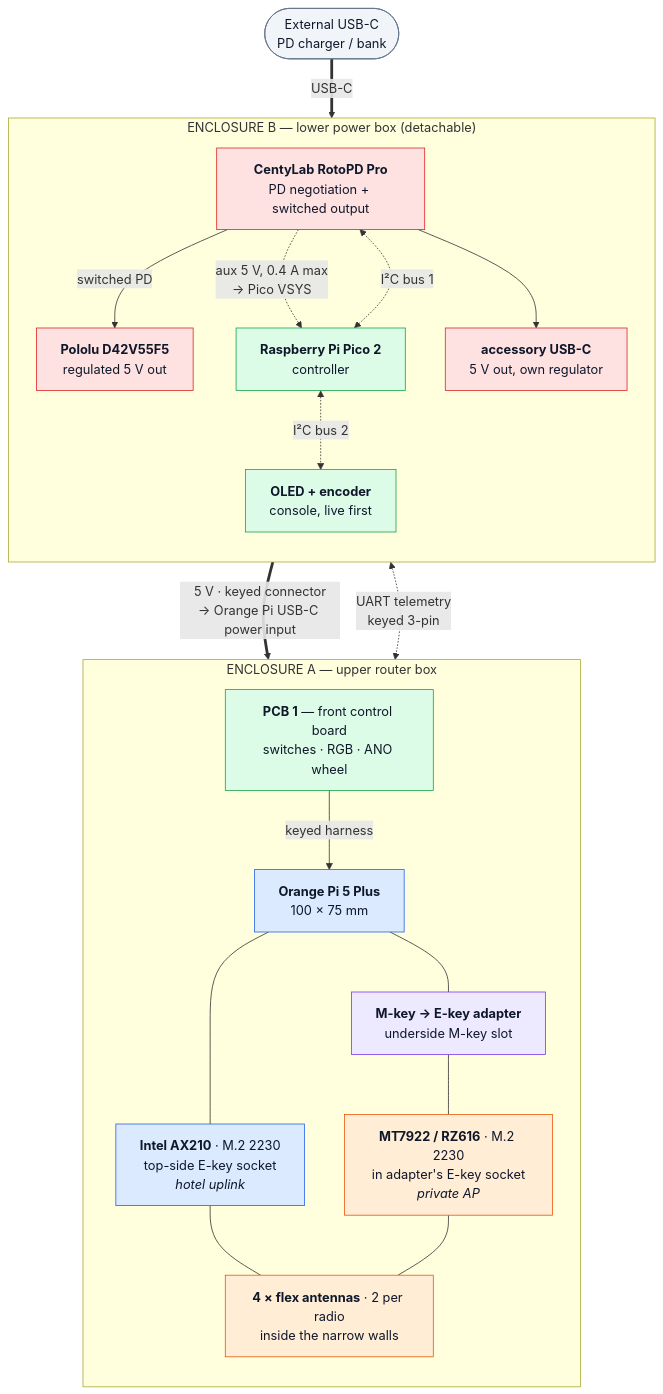
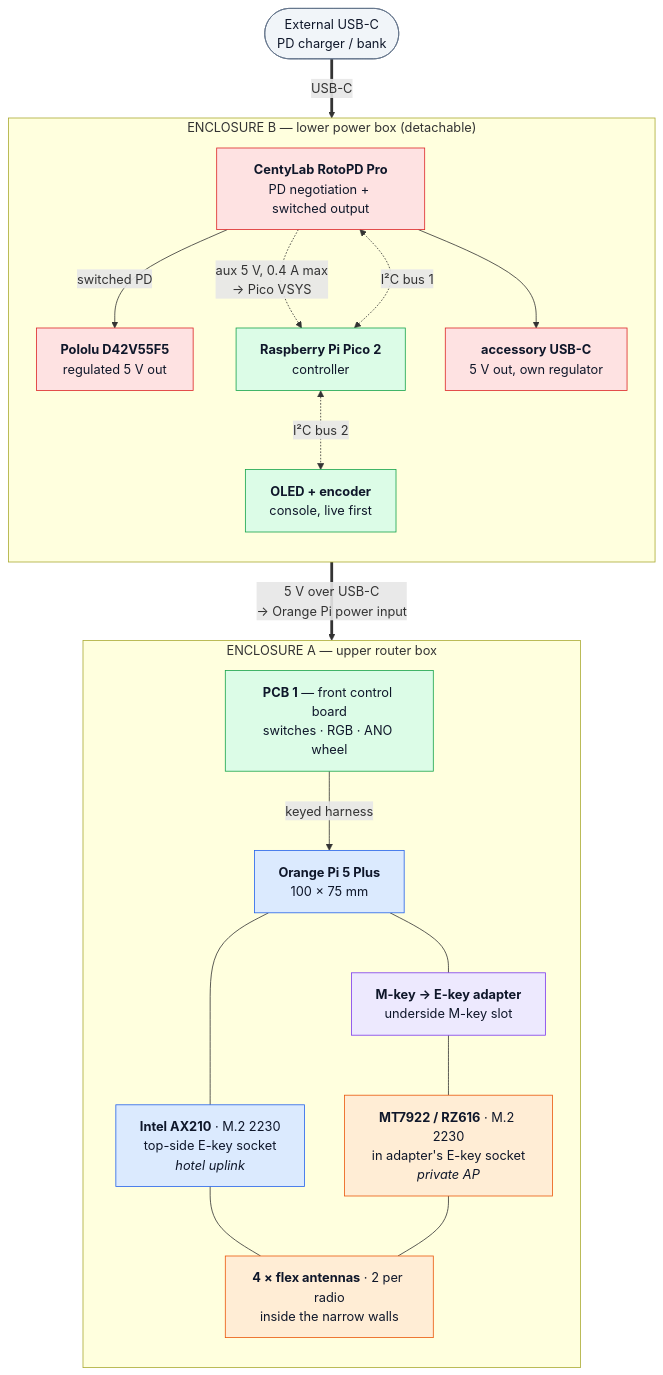
Before and after one commit to ParkWardRR/vezha: the diagram in docs/01-architecture.md, drawn with Mermaid. The commit also changed other lines of this file and 9 other files, not shown here.

First line of the commit message:
Simplify the seam to USB-C, 5 V power only

````diff
--- a/docs/01-architecture.md
+++ b/docs/01-architecture.md
@@ -31,46 +31,45 @@
 ```mermaid
 flowchart TB
     CHG([External USB-C<br/>PD charger / bank]):::ext
 
     subgraph B["ENCLOSURE B — lower power box (detachable)"]
         direction TB
         ROTO["<b>CentyLab RotoPD Pro</b><br/>PD negotiation + switched output"]:::pwr
         PICO["<b>Raspberry Pi Pico 2</b><br/>controller"]:::ctl
         POLOLU["<b>Pololu D42V55F5</b><br/>regulated 5 V out"]:::pwr
         CON["<b>OLED + encoder</b><br/>console, live first"]:::ctl
         ACC["<b>accessory USB-C</b><br/>5 V out, own regulator"]:::pwr
         ROTO -->|switched PD| POLOLU
         ROTO -.->|"aux 5 V, 0.4 A max<br/>→ Pico VSYS"| PICO
         PICO <-.->|"I²C bus 1"| ROTO
         PICO <-.->|"I²C bus 2"| CON
         ROTO --> ACC
     end
 
     subgraph A["ENCLOSURE A — upper router box"]
         direction TB
         PI["<b>Orange Pi 5 Plus</b><br/>100 × 75 mm"]:::core
         AX["<b>Intel AX210</b> · M.2 2230<br/>top-side E-key socket<br/><i>hotel uplink</i>"]:::up
         ADP["<b>M-key → E-key adapter</b><br/>underside M-key slot"]:::adp
         MT["<b>MT7922 / RZ616</b> · M.2 2230<br/>in adapter's E-key socket<br/><i>private AP</i>"]:::ap
         ANT["<b>4 × flex antennas</b> · 2 per radio<br/>inside the narrow walls"]:::ant
         PCB1["<b>PCB 1</b> — front control board<br/>switches · RGB · ANO wheel"]:::ctl
         PI --- AX
         PI --- ADP --- MT
         AX --- ANT
         MT --- ANT
         PCB1 -->|keyed harness| PI
     end
 
     CHG ==>|USB-C| ROTO
-    POLOLU ==>|"5 V · keyed connector<br/>→ Orange Pi USB-C power input"| PI
-    PICO <-.->|"UART telemetry<br/>keyed 3-pin"| PI
+    POLOLU ==>|"5 V over USB-C<br/>→ Orange Pi power input"| PI
 
     classDef ext fill:#f1f5f9,stroke:#64748b,color:#0f172a
     classDef pwr fill:#fee2e2,stroke:#dc2626,color:#0f172a
     classDef ctl fill:#dcfce7,stroke:#16a34a,color:#0f172a
     classDef core fill:#dbeafe,stroke:#2563eb,color:#0f172a
     classDef up fill:#dbeafe,stroke:#2563eb,color:#0f172a
     classDef ap fill:#ffedd5,stroke:#ea580c,color:#0f172a
     classDef adp fill:#ede9fe,stroke:#7c3aed,color:#0f172a
     classDef ant fill:#ffedd5,stroke:#ea580c,color:#0f172a
 ```
````
